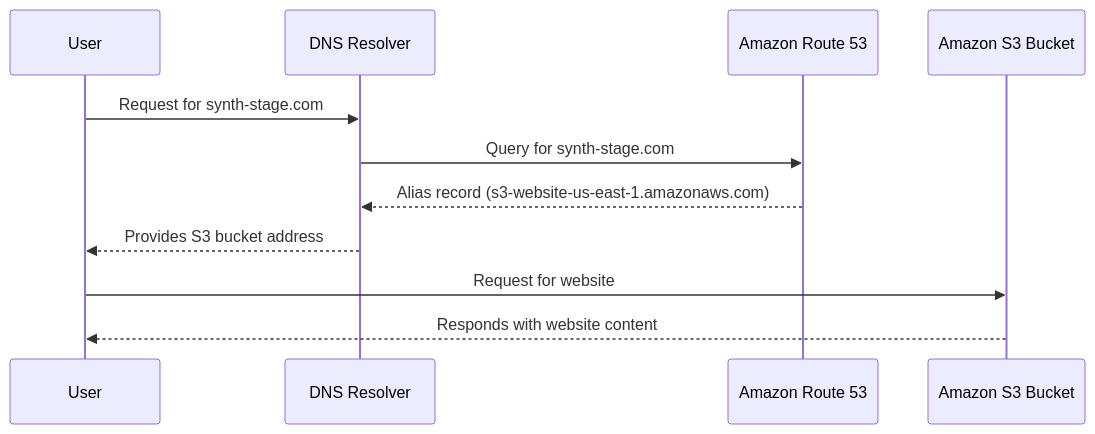
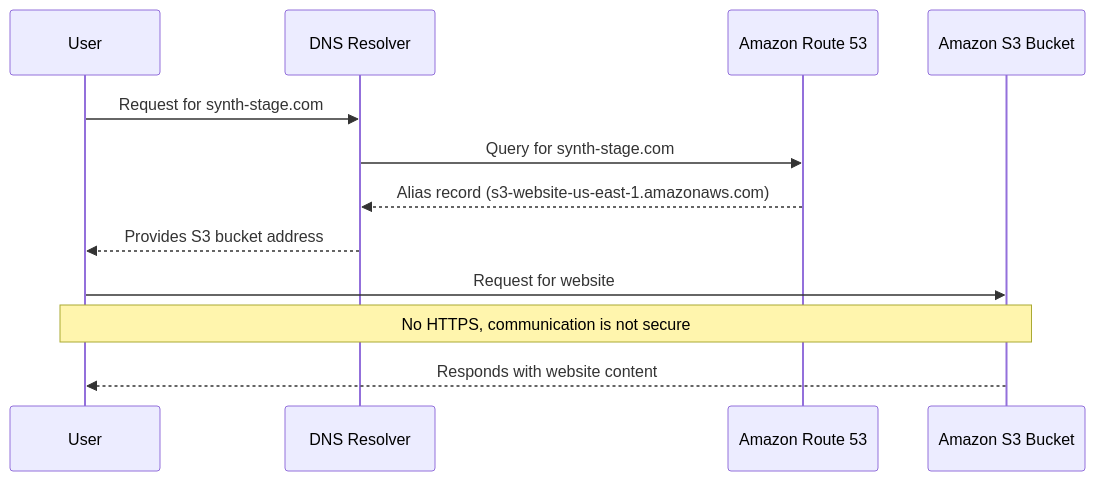
One commit to julzelements/aws-learnings changed the third of 3 diagrams in DNS.md. Above: the diagram before and after it, drawn with Mermaid.

````diff
--- a/DNS.md
+++ b/DNS.md
@@ -40,14 +40,15 @@
 ```mermaid
 sequenceDiagram
     participant User as User
     participant DNS as DNS Resolver
     participant Route53 as Amazon Route 53
     participant S3 as Amazon S3 Bucket
 
     User->>DNS: Request for synth-stage.com
     DNS->>Route53: Query for synth-stage.com
     Route53-->>DNS: Alias record (s3-website-us-east-1.amazonaws.com)
     DNS-->>User: Provides S3 bucket address
     User->>S3: Request for website
+    Note over S3,User: No HTTPS, communication is not secure
     S3-->>User: Responds with website content
 ```
````
